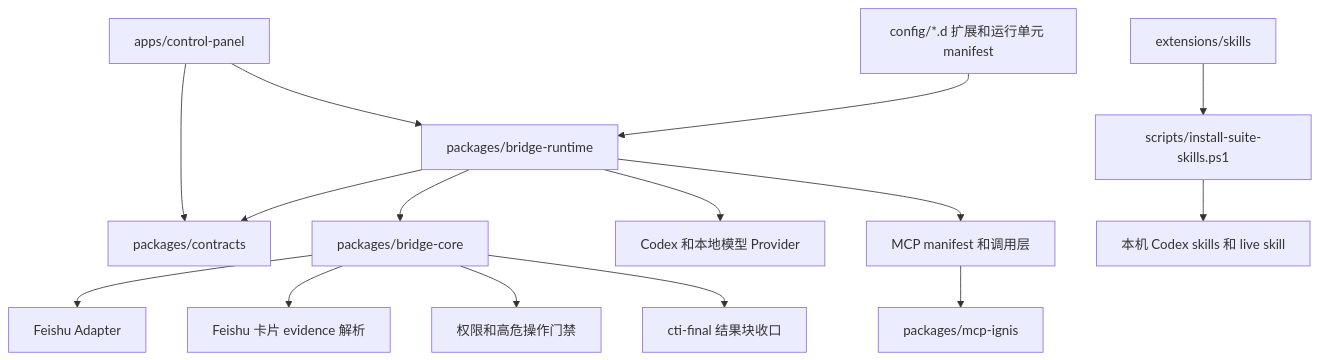
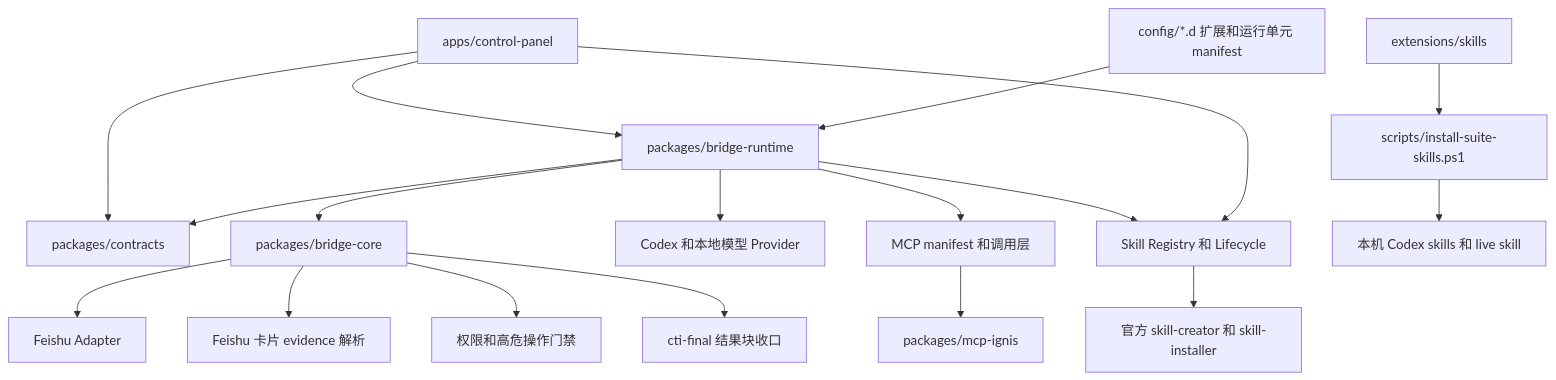
One commit to dddfuxi/codex-im-suite changed the second of 11 diagrams in docs/PROJECT-ARCHITECTURE.md. Above: the diagram before and after it, drawn with Mermaid. The commit also changed other lines of this file and 4 other files, not shown here.

````diff
--- a/docs/PROJECT-ARCHITECTURE.md
+++ b/docs/PROJECT-ARCHITECTURE.md
@@ -57,17 +57,20 @@
 ```mermaid
 flowchart TD
   Panel[apps/control-panel] --> Runtime[packages/bridge-runtime]
   Panel --> Contracts[packages/contracts]
   Runtime --> Contracts
   Runtime --> Core[packages/bridge-core]
   Runtime --> ProviderLayer[Codex 和本地模型 Provider]
   Runtime --> McpLayer[MCP manifest 和调用层]
+  Runtime --> SkillLifecycle[Skill Registry 和 Lifecycle]
+  SkillLifecycle --> OfficialSkillTools[官方 skill-creator 和 skill-installer]
+  Panel --> SkillLifecycle
   McpLayer --> IgnisPackage[packages/mcp-ignis]
   Core --> FeishuAdapter[Feishu Adapter]
   Core --> FeishuCardEvidence[Feishu 卡片 evidence 解析]
   Core --> PermissionBroker[权限和高危操作门禁]
   Core --> ReplyEnvelope[cti-final 结果块收口]
   Config[config/*.d 扩展和运行单元 manifest] --> Runtime
   Extensions[extensions/skills] --> Scripts[scripts/install-suite-skills.ps1]
   Scripts --> CodexSkills[本机 Codex skills 和 live skill]
 ```
````
